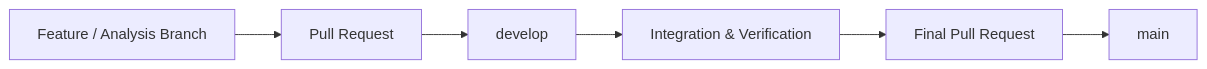
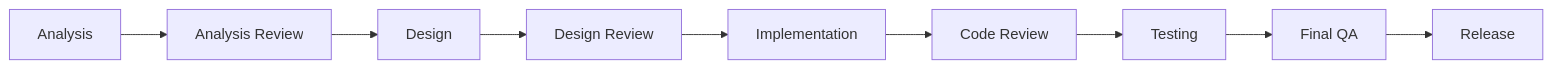
One commit to OpeningBalance-Team/opening-balance-management changed the third of 4 diagrams in README.md. Above: the diagram before and after it, drawn with Mermaid. The commit also changed other lines of this file, not shown here.

````diff
--- a/README.md
+++ b/README.md
@@ -71,8 +206,22 @@
 ```mermaid
 flowchart LR
-    A[Feature / Analysis Branch] --> B[Pull Request]
-    B --> C[develop]
-    C --> D[Integration & Verification]
-    D --> E[Final Pull Request]
-    E --> F[main]
+
+    A["Analysis"]
+    B["Analysis Review"]
+    C["Design"]
+    D["Design Review"]
+    E["Implementation"]
+    F["Code Review"]
+    G["Testing"]
+    H["Final QA"]
+    I["Release"]
+
+    A --> B
+    B --> C
+    C --> D
+    D --> E
+    E --> F
+    F --> G
+    G --> H
+    H --> I
 ```
````
